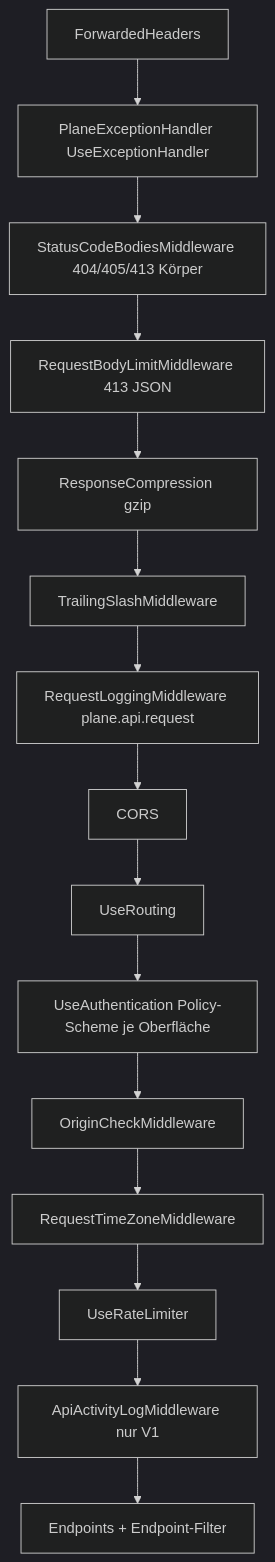
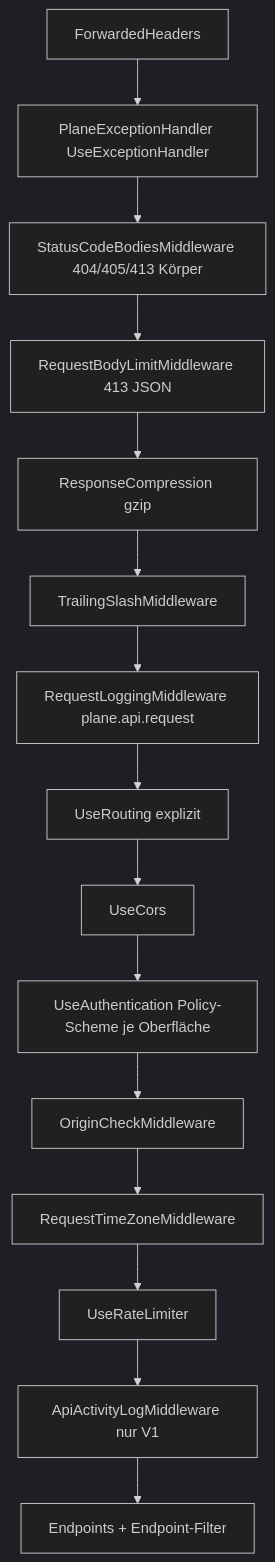
The second of 3 diagrams in migration/architecture/02-backend-solution-und-konventionen.md (mlwr/plane), drawn with Mermaid (dark theme) before and after one commit. The commit also changed other lines of this file and 2 other files, not shown here.

First line of the commit message:
docs(migration): complete and review 08 Angular architecture and 09 UI parity

````diff
--- a/migration/architecture/02-backend-solution-und-konventionen.md
+++ b/migration/architecture/02-backend-solution-und-konventionen.md
@@ -301,17 +338,17 @@
 ```mermaid
 flowchart TB
   A[ForwardedHeaders] --> B[PlaneExceptionHandler UseExceptionHandler]
   B --> C[StatusCodeBodiesMiddleware 404/405/413 Körper]
   C --> D[RequestBodyLimitMiddleware 413 JSON]
   D --> E[ResponseCompression gzip]
   E --> F[TrailingSlashMiddleware]
   F --> G[RequestLoggingMiddleware plane.api.request]
-  G --> H[CORS]
-  H --> I[UseRouting]
-  I --> J[UseAuthentication Policy-Scheme je Oberfläche]
+  G --> I[UseRouting explizit]
+  I --> H[UseCors]
+  H --> J[UseAuthentication Policy-Scheme je Oberfläche]
   J --> K[OriginCheckMiddleware]
   K --> L[RequestTimeZoneMiddleware]
   L --> M[UseRateLimiter]
   M --> N[ApiActivityLogMiddleware nur V1]
   N --> O[Endpoints + Endpoint-Filter]
 ```
````
